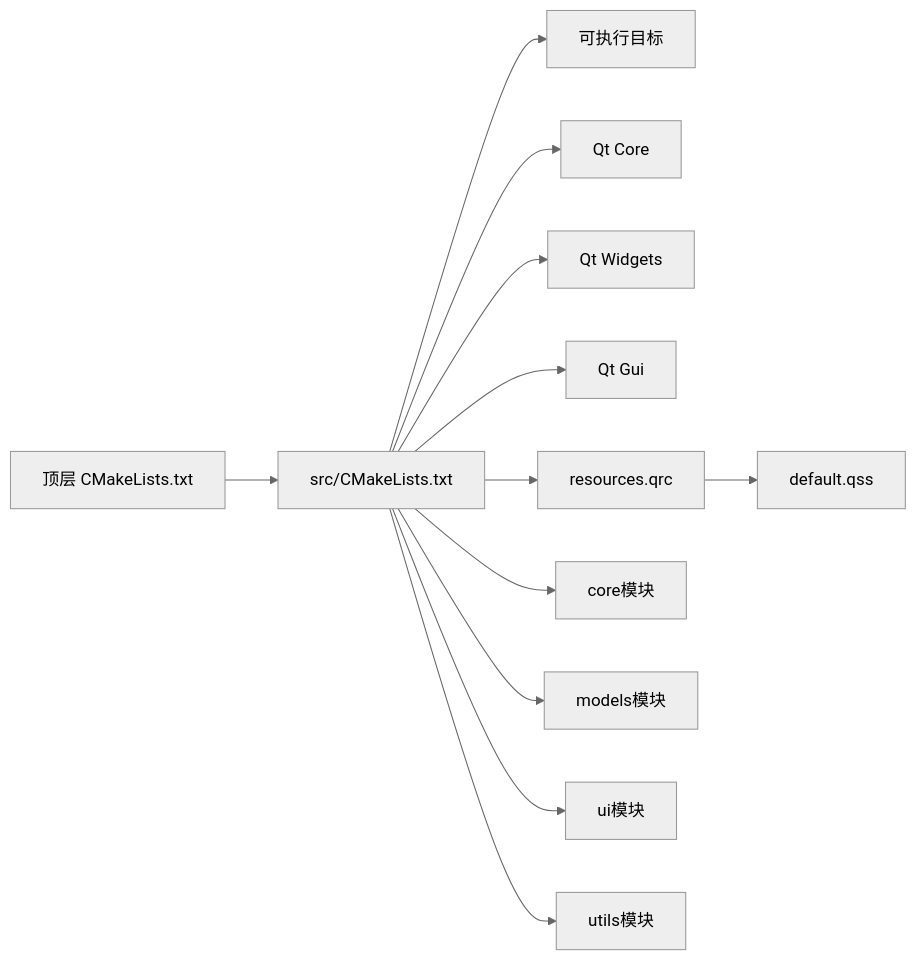
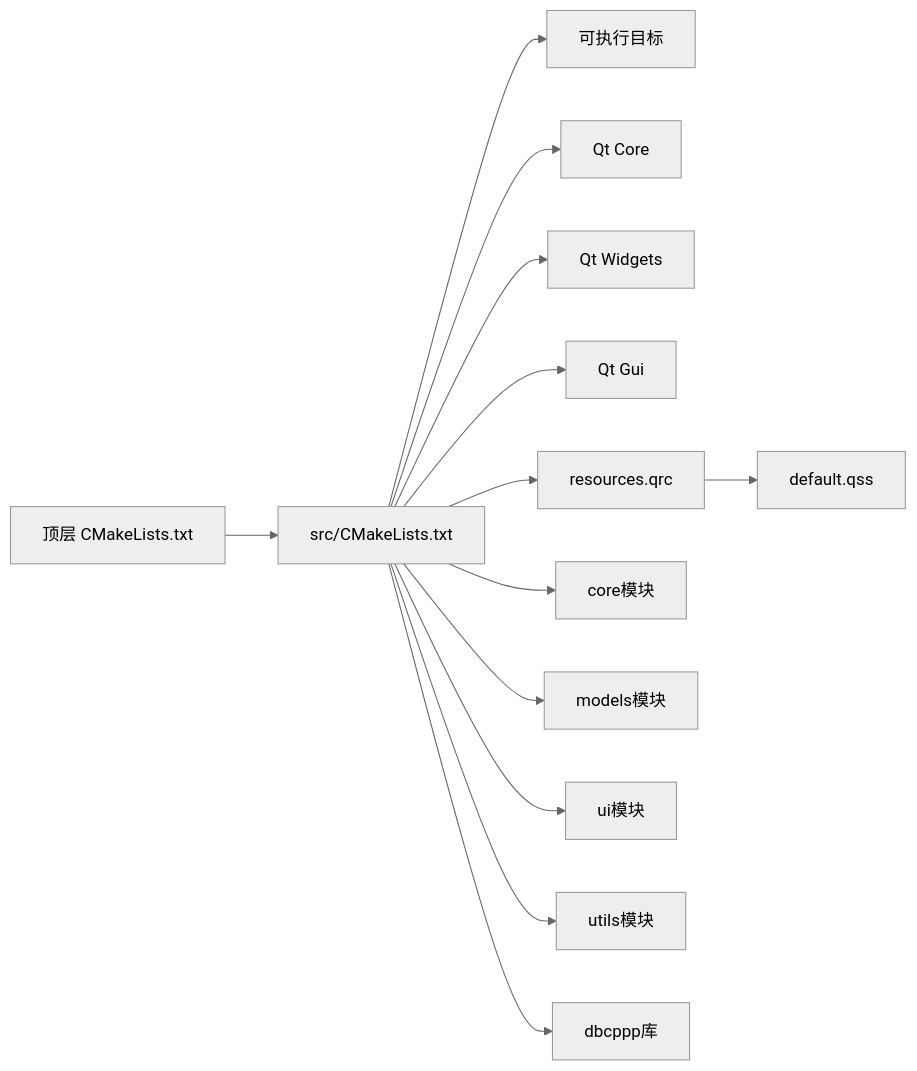
The fifth of 6 diagrams in .qoder/repowiki/zh/content/核心模块详解/核心模块详解.md (jakecai1225-design/OpenBus), drawn with Mermaid (neutral theme) before and after one commit. The commit also changed other lines of this file and 16 other files, not shown here.

````diff
--- a/.qoder/repowiki/zh/content/核心模块详解/核心模块详解.md
+++ b/.qoder/repowiki/zh/content/核心模块详解/核心模块详解.md
@@ -472,14 +491,15 @@
 ```mermaid
 graph LR
 Top["顶层 CMakeLists.txt"] --> Src["src/CMakeLists.txt"]
 Src --> Target["可执行目标"]
 Src --> QtCore["Qt Core"]
 Src --> QtWidgets["Qt Widgets"]
 Src --> QtGui["Qt Gui"]
 Src --> QRC["resources.qrc"]
 QRC --> QSS["default.qss"]
 Src --> Core["core模块"]
 Src --> Models["models模块"]
 Src --> UI["ui模块"]
 Src --> Utils["utils模块"]
+Src --> DBCPP["dbcppp库"]
 ```
````
